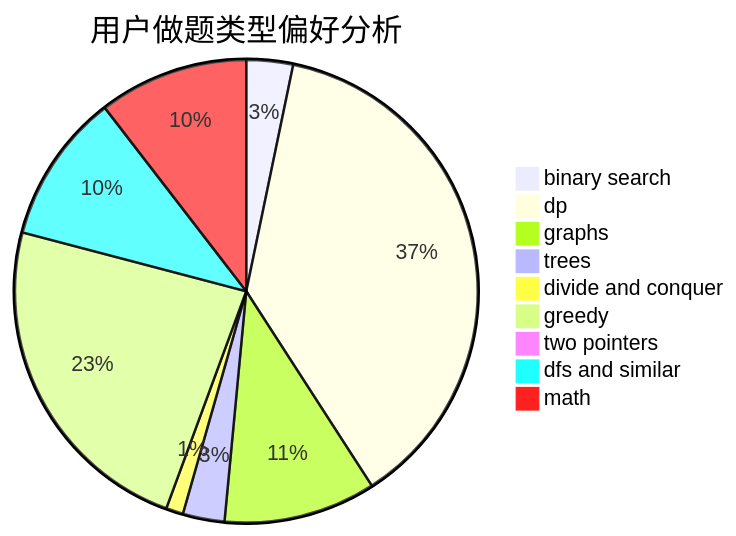
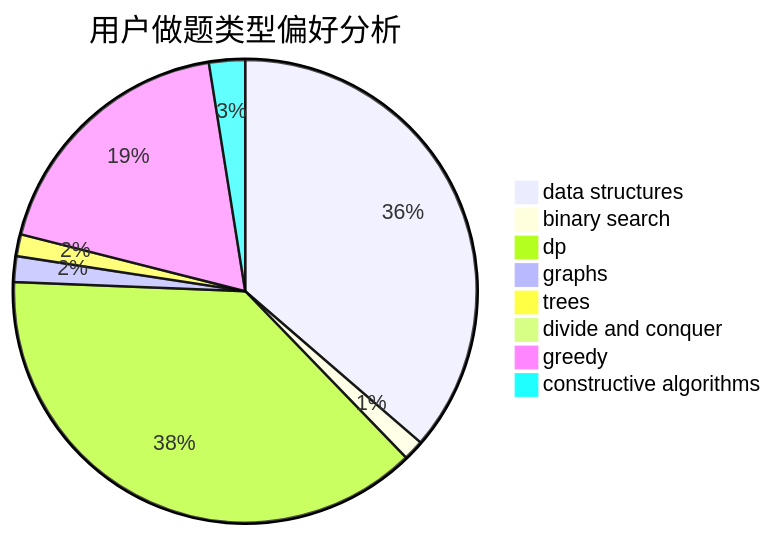
Before and after one commit to sherpahu/cfrs.github.io: the second of 3 diagrams in docs/user/u1550.md, drawn with Mermaid. The commit also changed other lines of this file and 2775 other files, not shown here.

````diff
--- a/docs/user/u1550.md
+++ b/docs/user/u1550.md
@@ -23,12 +23,11 @@
 ```mermaid
 pie title 用户做题类型偏好分析
-    "binary search" :  38
-    "dp" :  439
-    "graphs" :  124
-    "trees" :  34
-    "divide and conquer" :  14
-    "greedy" :  274
-    "two pointers" :  5
-    "dfs and similar" :  122
-    "math" :  122
+    "data structures" :  404
+    "binary search" :  16
+    "dp" :  421
+    "graphs" :  20
+    "trees" :  17
+    "divide and conquer" :  0
+    "greedy" :  206
+    "constructive algorithms" :  28
 ```
````
